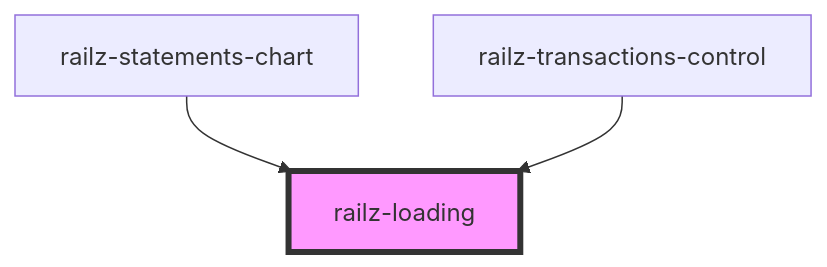
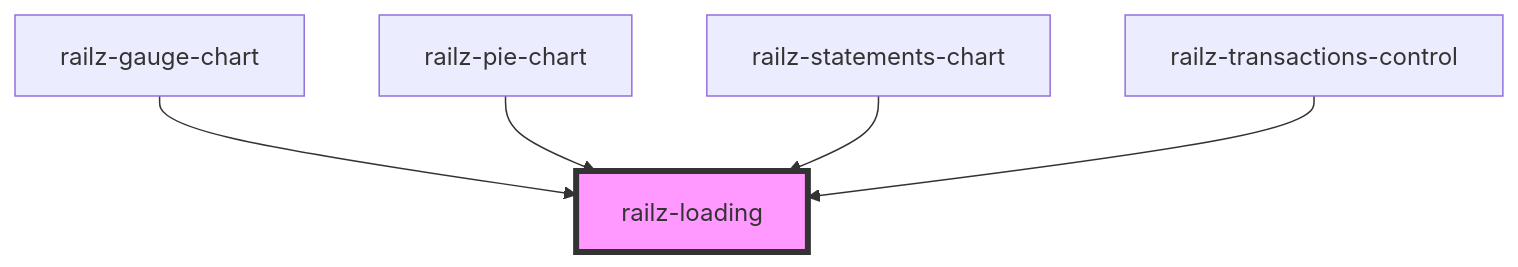
The diagram in packages/components/src/elements/loading/readme.md (railz-ai/railz-visualizations), drawn with Mermaid before and after one commit. The commit also changed other lines of this file and 41 other files, not shown here.

````diff
--- a/packages/components/src/elements/loading/readme.md
+++ b/packages/components/src/elements/loading/readme.md
@@ -24,6 +26,8 @@
 ```mermaid
 graph TD;
+  railz-gauge-chart --> railz-loading
+  railz-pie-chart --> railz-loading
   railz-statements-chart --> railz-loading
   railz-transactions-control --> railz-loading
   style railz-loading fill:#f9f,stroke:#333,stroke-width:4px
 ```
````
